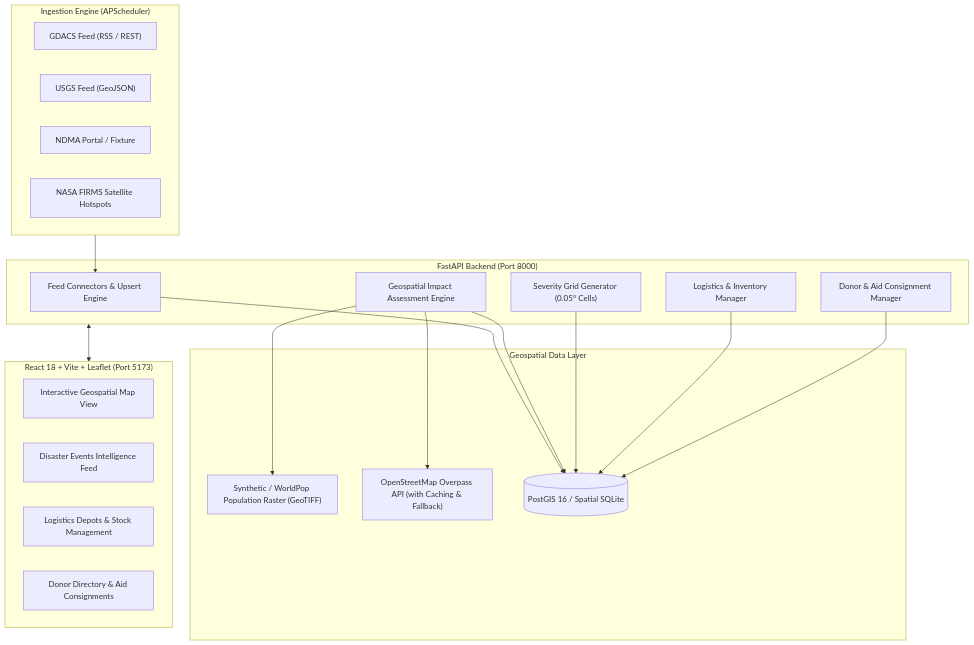
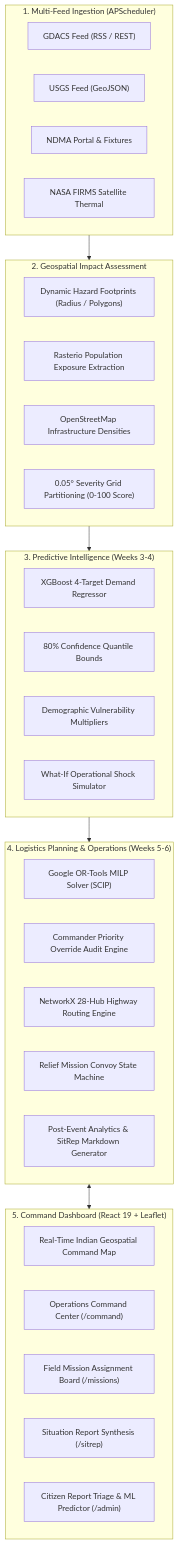
The diagram in README.md (Aditya-santosh-Naik/AI-Powered-Emergency-Response-Intelligence-Platform-for-Disaster-Management-and-Relief-Operations), drawn with Mermaid before and after one commit. The commit also changed other lines of this file and 57 other files, not shown here.

Commit message:
feat: complete Weeks 5-8 logistics optimization, command dashboard, integration tests, and documentation

````diff
--- a/README.md
+++ b/README.md
@@ -11,40 +19,44 @@
 ```mermaid
 flowchart TD
-    subgraph Ingestion["Ingestion Engine (APScheduler)"]
+    subgraph Ingestion["1. Multi-Feed Ingestion (APScheduler)"]
         GDACS["GDACS Feed (RSS / REST)"]
         USGS["USGS Feed (GeoJSON)"]
-        NDMA["NDMA Portal / Fixture"]
-        FIRMS["NASA FIRMS Satellite Hotspots"]
+        NDMA["NDMA Portal & Fixtures"]
+        FIRMS["NASA FIRMS Satellite Thermal"]
     end
 
-    subgraph Backend["FastAPI Backend (Port 8000)"]
-        Connectors["Feed Connectors & Upsert Engine"]
-        ImpactEngine["Geospatial Impact Assessment Engine"]
-        GridEngine["Severity Grid Generator (0.05° Cells)"]
-        InventoryService["Logistics & Inventory Manager"]
-        DonorsService["Donor & Aid Consignment Manager"]
+    subgraph Impact["2. Geospatial Impact Assessment"]
+        Footprint["Dynamic Hazard Footprints (Radius / Polygons)"]
+        WorldPop["Rasterio Population Exposure Extraction"]
+        OSM["OpenStreetMap Infrastructure Densities"]
+        GridEngine["0.05° Severity Grid Partitioning (0-100 Score)"]
     end
 
-    subgraph Data["Geospatial Data Layer"]
-        WorldPop["Synthetic / WorldPop Population Raster (GeoTIFF)"]
-        OSM["OpenStreetMap Overpass API (with Caching & Fallback)"]
-        DB[("PostGIS 16 / Spatial SQLite")]
+    subgraph ML["3. Predictive Intelligence (Weeks 3-4)"]
+        XGB["XGBoost 4-Target Demand Regressor"]
+        Intervals["80% Confidence Quantile Bounds"]
+        Vuln["Demographic Vulnerability Multipliers"]
+        Scenarios["What-If Operational Shock Simulator"]
     end
 
-    subgraph Frontend["React 18 + Vite + Leaflet (Port 5173)"]
-        DisasterMap["Interactive Geospatial Map View"]
-        EventsFeed["Disaster Events Intelligence Feed"]
-        ResourceTracker["Logistics Depots & Stock Management"]
-        DonorsHub["Donor Directory & Aid Consignments"]
+    subgraph Logistics["4. Logistics Planning & Operations (Weeks 5-6)"]
+        ORTools["Google OR-Tools MILP Solver (SCIP)"]
+        Overrides["Commander Priority Override Audit Engine"]
+        Router["NetworkX 28-Hub Highway Routing Engine"]
+        Missions["Relief Mission Convoy State Machine"]
+        SitRep["Post-Event Analytics & SitRep Markdown Generator"]
     end
 
-    Ingestion --> Connectors
-    Connectors --> DB
-    ImpactEngine --> WorldPop
-    ImpactEngine --> OSM
-    ImpactEngine --> DB
-    GridEngine --> DB
-    InventoryService --> DB
-    DonorsService --> DB
-    Backend <--> Frontend
+    subgraph UI["5. Command Dashboard (React 19 + Leaflet)"]
+        Map["Real-Time Indian Geospatial Command Map"]
+        CommandDesk["Operations Command Center (/command)"]
+        MissionPanel["Field Mission Assignment Board (/missions)"]
+        SitRepViewer["Situation Report Synthesis (/sitrep)"]
+        AdminDesk["Citizen Report Triage & ML Predictor (/admin)"]
+    end
+
+    Ingestion --> Impact
+    Impact --> ML
+    ML --> Logistics
+    Logistics <--> UI
 ```
````
